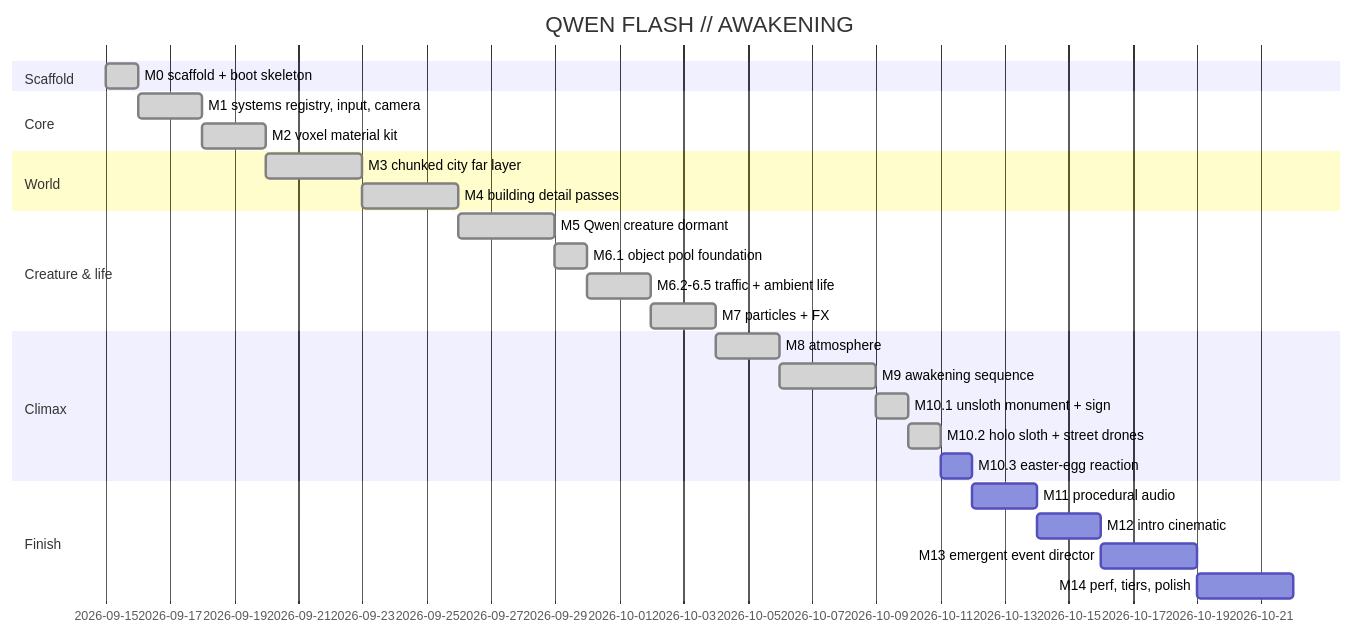
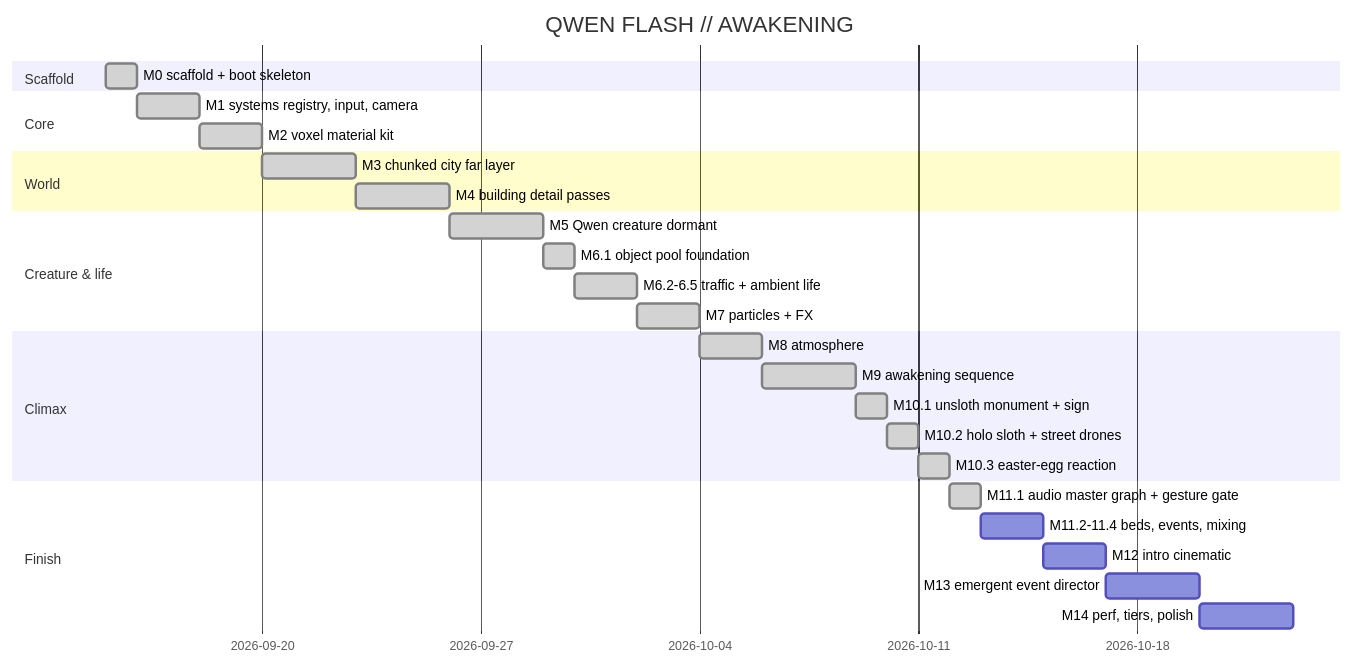
One commit to dilled/3dVoxelDemo changed the diagram in brain/roadmap.md. Above: the diagram before and after it, drawn with Mermaid. The commit also changed other lines of this file and 35 other files, not shown here.

````diff
--- a/brain/roadmap.md
+++ b/brain/roadmap.md
@@ -12,29 +12,30 @@
 ```mermaid
 gantt
   title QWEN FLASH // AWAKENING
   dateFormat YYYY-MM-DD
   section Scaffold
   M0 scaffold + boot skeleton :done, m0, 2026-09-15, 1d
   section Core
   M1 systems registry, input, camera :done, m1, after m0, 2d
   M2 voxel material kit :done, m2, after m1, 2d
   section World
   M3 chunked city far layer :done, m3, after m2, 3d
   M4 building detail passes :done, m4, after m3, 3d
   section Creature & life
   M5 Qwen creature dormant :done, m5, after m4, 3d
   M6.1 object pool foundation :done, m61, after m5, 1d
   M6.2-6.5 traffic + ambient life :done, m6, after m61, 2d
   M7 particles + FX :done, m7, after m6, 2d
   section Climax
   M8 atmosphere :done, m8, after m7, 2d
   M9 awakening sequence :done, m9, after m8, 3d
   M10.1 unsloth monument + sign :done, m101, after m9, 1d
   M10.2 holo sloth + street drones :done, m102, after m101, 1d
-  M10.3 easter-egg reaction :m103, after m102, 1d
+  M10.3 easter-egg reaction :done, m103, after m102, 1d
   section Finish
-  M11 procedural audio :m11, after m103, 2d
+  M11.1 audio master graph + gesture gate :done, m111, after m103, 1d
+  M11.2-11.4 beds, events, mixing :m11, after m111, 2d
   M12 intro cinematic :m12, after m11, 2d
   M13 emergent event director :m13, after m12, 3d
   M14 perf, tiers, polish :m14, after m13, 3d
 ```
````
